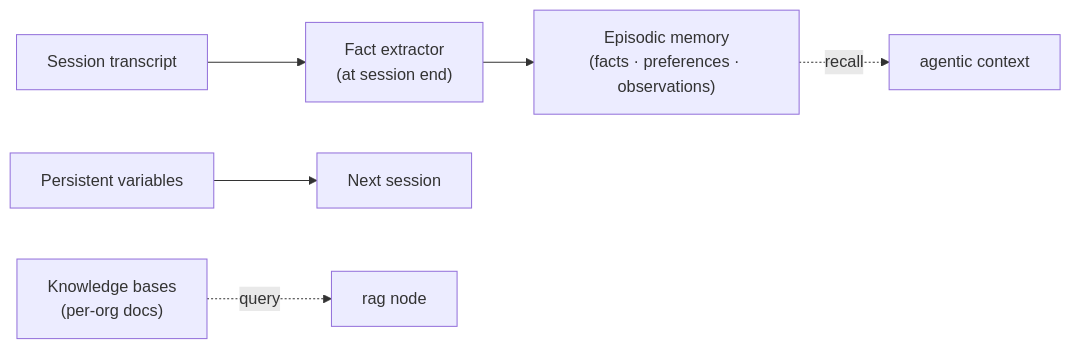
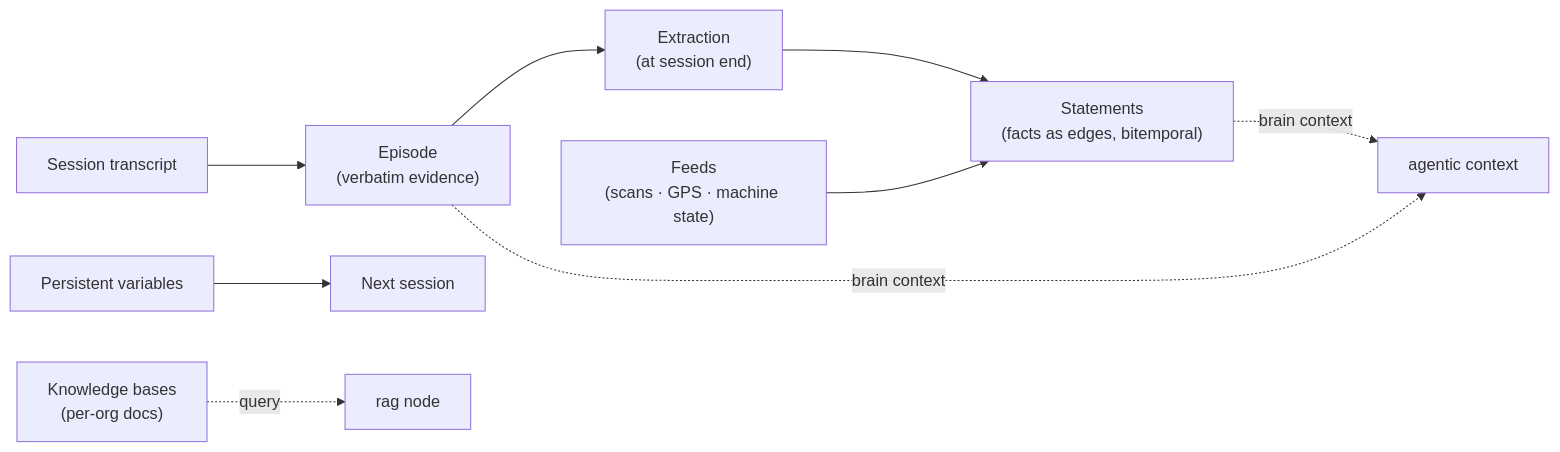
Before and after one commit to Aico-Systems/docs: the fourth of 4 diagrams in platform/flows.mdx, drawn with Mermaid. The commit also changed other lines of this file and 2 other files, not shown here.

Commit message:
refactor: enhance memory concepts and structure in documentation

````diff
--- a/platform/flows.mdx
+++ b/platform/flows.mdx
@@ -170,9 +172,12 @@
 ```mermaid
 flowchart LR
-    UT["Session transcript"] --> FX["Fact extractor<br/>(at session end)"]
-    FX --> EP["Episodic memory<br/>(facts · preferences · observations)"]
+    UT["Session transcript"] --> EP["Episode<br/>(verbatim evidence)"]
+    EP --> FX["Extraction<br/>(at session end)"]
+    FX --> ST["Statements<br/>(facts as edges, bitemporal)"]
+    FD["Feeds<br/>(scans · GPS · machine state)"] --> ST
     PV["Persistent variables"] --> NS["Next session"]
     KB["Knowledge bases<br/>(per-org docs)"]
-    EP -.recall.-> AGC["agentic context"]
+    ST -.brain context.-> AGC["agentic context"]
+    EP -.brain context.-> AGC
     KB -.query.-> RAG["rag node"]
 ```
````
